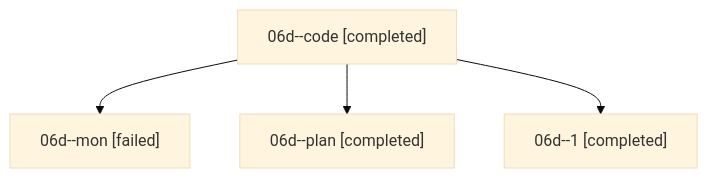
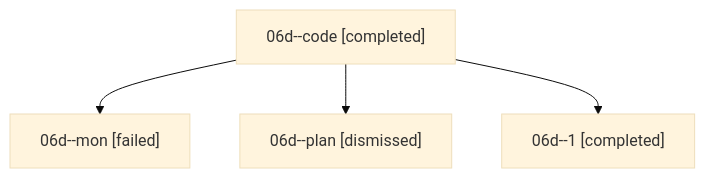
The diagram in families/bbugyi200.athena.06d.md (sase-org/sase--agents), drawn with Mermaid (base theme) before and after one commit. The commit also changed other lines of this file and 530 other files, not shown here.

````diff
--- a/families/bbugyi200.athena.06d.md
+++ b/families/bbugyi200.athena.06d.md
@@ -9,10 +9,10 @@
 ```mermaid
 flowchart TD
   n0["06d--code [completed]"]
   n1["06d--mon [failed]"]
   n0 --> n1
-  n2["06d--plan [completed]"]
+  n2["06d--plan [dismissed]"]
   n0 --> n2
   n3["06d--1 [completed]"]
   n0 --> n3
 ```
````
